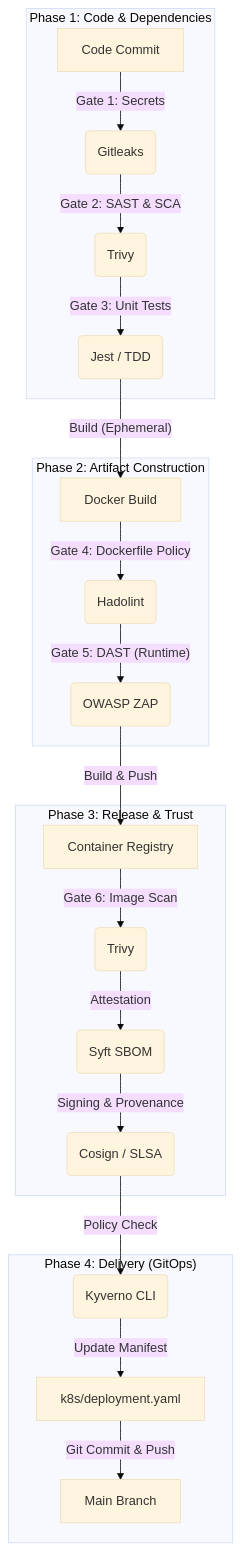
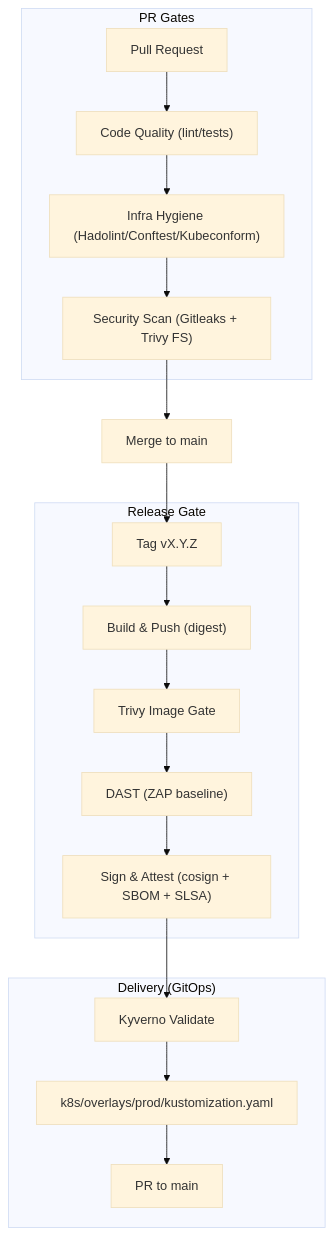
Before and after one commit to agslima/software-delivery-pipeline: the diagram in readme.md, drawn with Mermaid (base theme). The commit also changed other lines of this file and 63 other files, not shown here.

````diff
--- a/readme.md
+++ b/readme.md
@@ -95,28 +95,24 @@
 ```mermaid
-
 graph TD
-    subgraph "Phase 1: Code & Dependencies"
-        A[Code Commit] -->|Gate 1: Secrets| B(Gitleaks)
-        B -->|Gate 2: SAST & SCA| C(Trivy)
-        C -->|Gate 3: Unit Tests| D(Jest / TDD)
-    end
-    
-    subgraph "Phase 2: Artifact Construction"
-        D -->|"Build (Ephemeral)"| E[Docker Build]
-        E -->|Gate 4: Dockerfile Policy| F(Hadolint)
-        F -->|"Gate 5: DAST (Runtime)"| G(OWASP ZAP)
-    end
-    
-    subgraph "Phase 3: Release & Trust"
-        G -->|Build & Push| H[Container Registry]
-        H -->|Gate 6: Image Scan| I(Trivy)
-        I -->|Attestation| J(Syft SBOM)
-        J -->|Signing & Provenance| K(Cosign / SLSA)
+    subgraph "PR Gates"
+        A[Pull Request] --> B["Code Quality (lint/tests)"]
+        B --> C["Infra Hygiene (Hadolint/Conftest/Kubeconform)"]
+        C --> D["Security Scan (Gitleaks + Trivy FS)"]
     end
 
-    subgraph "Phase 4: Delivery (GitOps)"
-        K -->|Policy Check| L(Kyverno CLI)
-        L -->|Update Manifest| M[k8s/deployment.yaml]
-        M -->|Git Commit & Push| N[Main Branch]
+    D --> E[Merge to main]
+    E --> F[Tag vX.Y.Z]
+
+    subgraph "Release Gate"
+        F --> G["Build & Push (digest)"]
+        G --> H[Trivy Image Gate]
+        H --> I["DAST (ZAP baseline)"]
+        I --> J["Sign & Attest (cosign + SBOM + SLSA)"]
+    end
+
+    subgraph "Delivery (GitOps)"
+        J --> K[Kyverno Validate]
+        K --> L[k8s/overlays/prod/kustomization.yaml]
+        L --> M[PR to main]
     end
 ```
````
